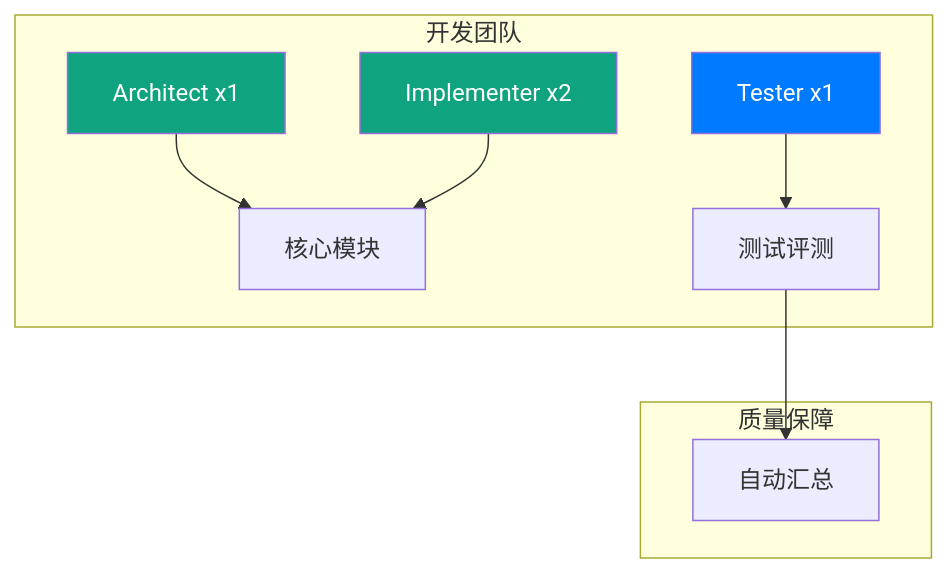
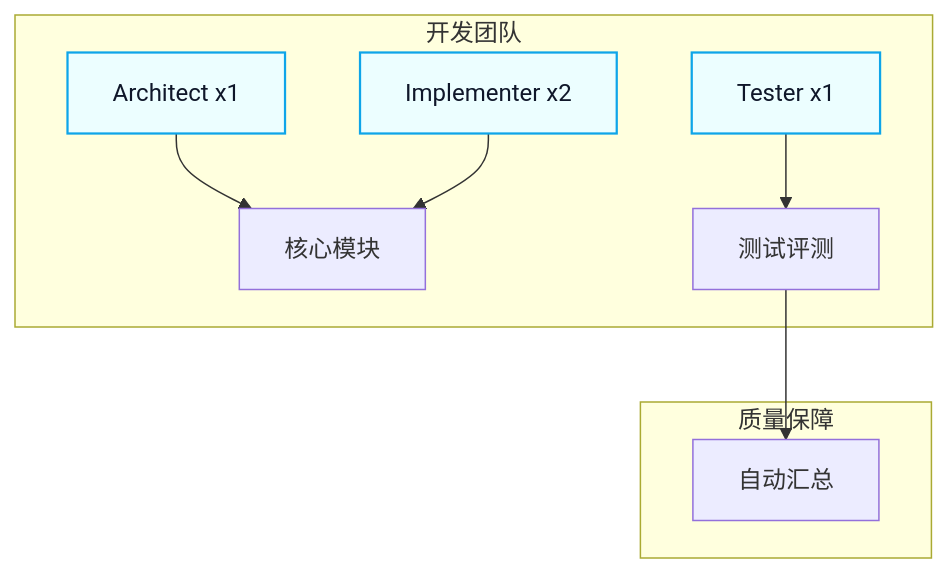
Before and after one commit to yiweinanzi/ai-research-ebook: the fourth of 5 diagrams in src/content/docs/tools/workflow.mdx, drawn with Mermaid. The commit also changed other lines of this file and 5 other files, not shown here.

````diff
--- a/src/content/docs/tools/workflow.mdx
+++ b/src/content/docs/tools/workflow.mdx
@@ -126,16 +126,15 @@
 ```mermaid
 flowchart TD
     subgraph 开发团队
         A[Architect x1] --> E[核心模块]
         B[Implementer x2] --> E
         C[Tester x1] --> F[测试评测]
     end
 
     subgraph 质量保障
         F --> G[自动汇总]
     end
 
-    style A fill:#10a37f,color:#fff
-    style B fill:#10a37f,color:#fff
-    style C fill:#007aff,color:#fff
+    classDef role fill:#ecfeff,stroke:#0ea5e9,stroke-width:1.5px,color:#0f172a
+    class A,B,C role
 ```
````
